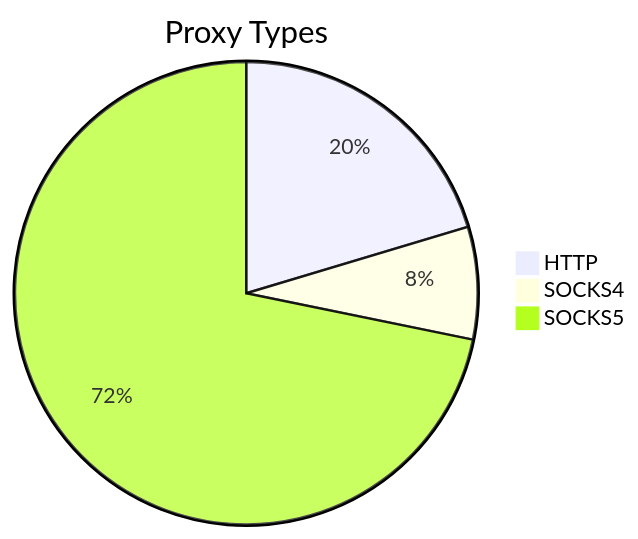
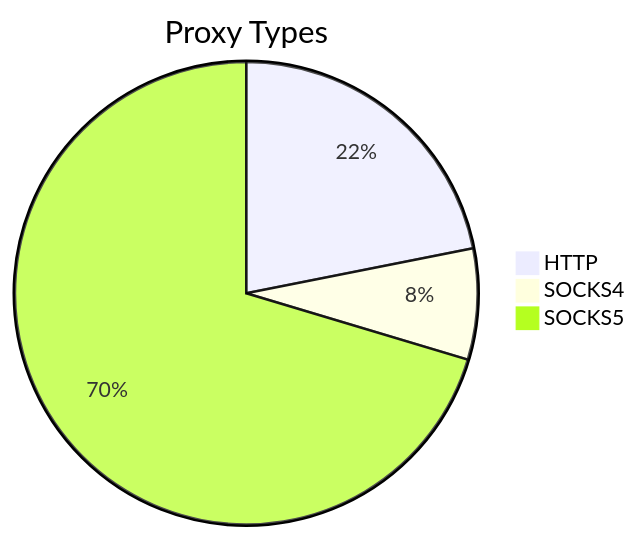
One commit to stormsia/proxy-list changed the first of 2 diagrams in README.md. Above: the diagram before and after it, drawn with Mermaid. The commit also changed other lines of this file, not shown here.

````diff
--- a/README.md
+++ b/README.md
@@ -21,6 +21,6 @@
 ```mermaid
 pie title Proxy Types
-    "HTTP" : 122
-    "SOCKS4" : 47
-    "SOCKS5" : 430
+    "HTTP" : 223
+    "SOCKS4" : 79
+    "SOCKS5" : 717
 ```
````
